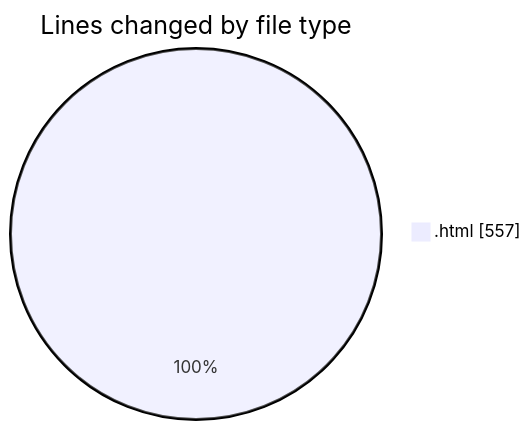
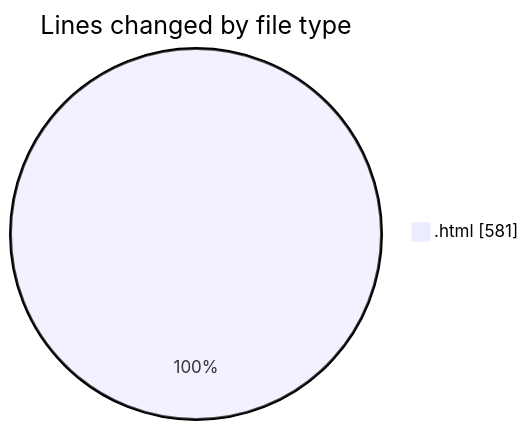
The first of 2 diagrams in 2025-01-08/nueva_carpeta/README.md (LanceThiago/code-tracking), drawn with Mermaid before and after one commit. The commit also changed other lines of this file and 1 other file, not shown here.

````diff
--- a/2025-01-08/nueva_carpeta/README.md
+++ b/2025-01-08/nueva_carpeta/README.md
@@ -20,5 +20,5 @@
 ```mermaid
 pie showData
 title Lines changed by file type
-".html" : 557
+".html" : 581
 ```
````
